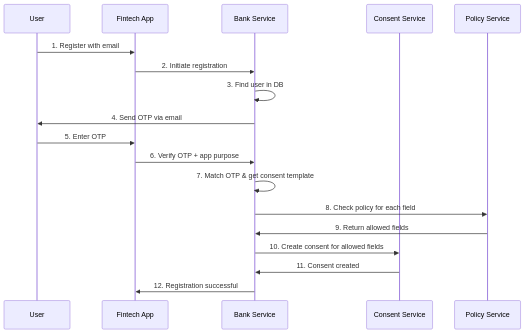
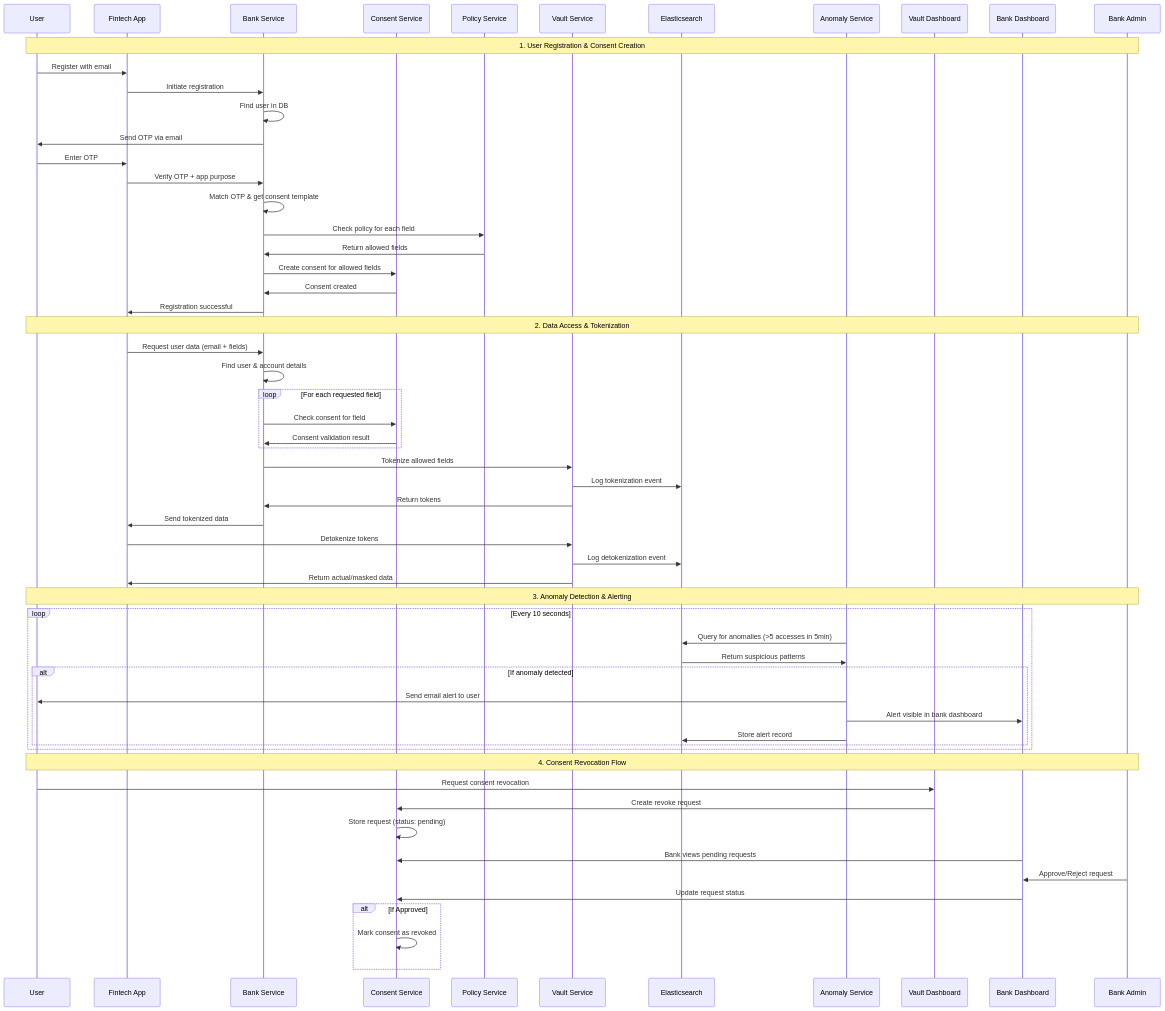
One commit to laatu08/cyberhack changed the diagram in README.md. Above: the diagram before and after it, drawn with Mermaid. The commit also changed other lines of this file, not shown here.

Commit message:
Integrate Data Flow Diagrams in README

````diff
--- a/README.md
+++ b/README.md
@@ -339,21 +339,65 @@
 ```mermaid
 sequenceDiagram
     participant U as User
     participant F as Fintech App
     participant B as Bank Service
     participant C as Consent Service
     participant P as Policy Service
+    participant V as Vault Service
+    participant E as Elasticsearch
+    participant A as Anomaly Service
+    participant VD as Vault Dashboard
+    participant BD as Bank Dashboard
+    participant BA as Bank Admin
 
-    U->>F: 1. Register with email
-    F->>B: 2. Initiate registration
-    B->>B: 3. Find user in DB
-    B->>U: 4. Send OTP via email
-    U->>F: 5. Enter OTP
-    F->>B: 6. Verify OTP + app purpose
-    B->>B: 7. Match OTP & get consent template
-    B->>P: 8. Check policy for each field
-    P->>B: 9. Return allowed fields
-    B->>C: 10. Create consent for allowed fields
-    C->>B: 11. Consent created
-    B->>F: 12. Registration successful
+    Note over U,BA: 1. User Registration & Consent Creation
+    U->>F: Register with email
+    F->>B: Initiate registration
+    B->>B: Find user in DB
+    B->>U: Send OTP via email
+    U->>F: Enter OTP
+    F->>B: Verify OTP + app purpose
+    B->>B: Match OTP & get consent template
+    B->>P: Check policy for each field
+    P->>B: Return allowed fields
+    B->>C: Create consent for allowed fields
+    C->>B: Consent created
+    B->>F: Registration successful
+
+    Note over U,BA: 2. Data Access & Tokenization
+    F->>B: Request user data (email + fields)
+    B->>B: Find user & account details
+    loop For each requested field
+        B->>C: Check consent for field
+        C->>B: Consent validation result
+    end
+    B->>V: Tokenize allowed fields
+    V->>E: Log tokenization event
+    V->>B: Return tokens
+    B->>F: Send tokenized data
+    F->>V: Detokenize tokens
+    V->>E: Log detokenization event
+    V->>F: Return actual/masked data
+
+    Note over U,BA: 3. Anomaly Detection & Alerting
+    loop Every 10 seconds
+        A->>E: Query for anomalies (>5 accesses in 5min)
+        E->>A: Return suspicious patterns
+        alt If anomaly detected
+            A->>U: Send email alert to user
+            A->>BD: Alert visible in bank dashboard
+            A->>E: Store alert record
+        end
+    end
+
+    Note over U,BA: 4. Consent Revocation Flow
+    U->>VD: Request consent revocation
+    VD->>C: Create revoke request
+    C->>C: Store request (status: pending)
+    BD->>C: Bank views pending requests
+    BA->>BD: Approve/Reject request
+    BD->>C: Update request status
+    alt If Approved
+        C->>C: Mark consent as revoked
+    end
 ```
````
